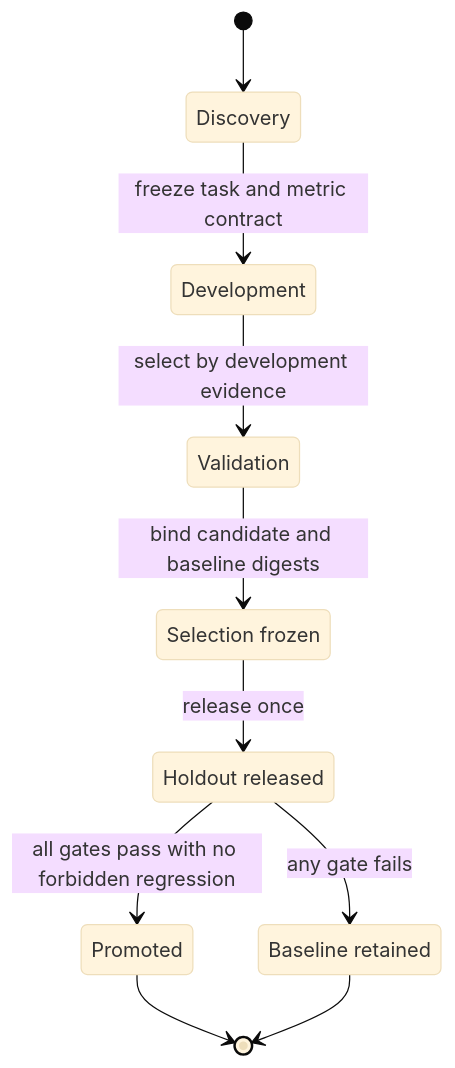
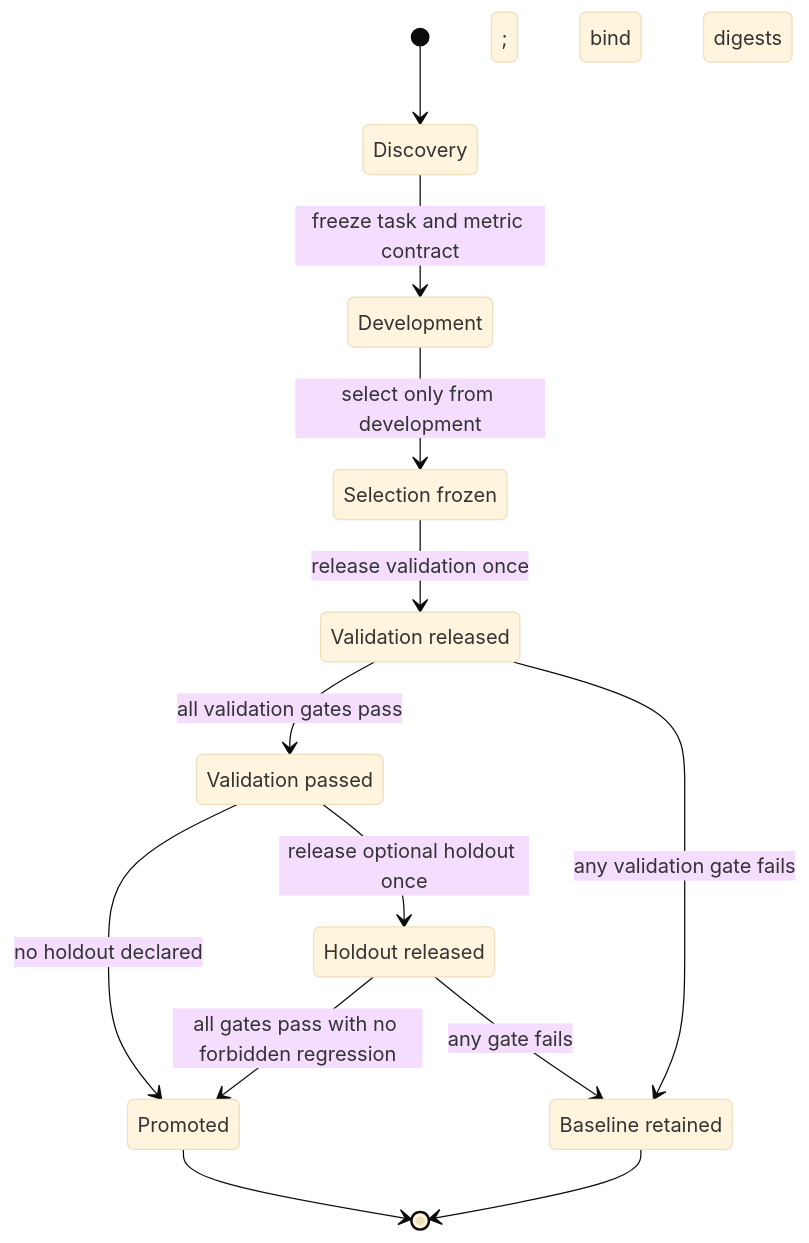
One commit to gvillarroel/knowledge changed the second of 3 diagrams in docs/knowledge-skill-evolution-playbook.md. Above: the diagram before and after it, drawn with Mermaid (base theme). The commit also changed other lines of this file and 100 other files, not shown here.

````diff
--- a/docs/knowledge-skill-evolution-playbook.md
+++ b/docs/knowledge-skill-evolution-playbook.md
@@ -115,15 +132,20 @@
 ```mermaid
 stateDiagram-v2
     state "Selection frozen" as SelectionFrozen
+    state "Validation released" as ValidationReleased
+    state "Validation passed" as ValidationPassed
     state "Holdout released" as HoldoutReleased
     state "Baseline retained" as BaselineRetained
     [*] --> Discovery
     Discovery --> Development: freeze task and metric contract
-    Development --> Validation: select by development evidence
-    Validation --> SelectionFrozen: bind candidate and baseline digests
-    SelectionFrozen --> HoldoutReleased: release once
+    Development --> SelectionFrozen: select only from development; bind digests
+    SelectionFrozen --> ValidationReleased: release validation once
+    ValidationReleased --> ValidationPassed: all validation gates pass
+    ValidationReleased --> BaselineRetained: any validation gate fails
+    ValidationPassed --> Promoted: no holdout declared
+    ValidationPassed --> HoldoutReleased: release optional holdout once
     HoldoutReleased --> Promoted: all gates pass with no forbidden regression
     HoldoutReleased --> BaselineRetained: any gate fails
     Promoted --> [*]
     BaselineRetained --> [*]
 ```
````
